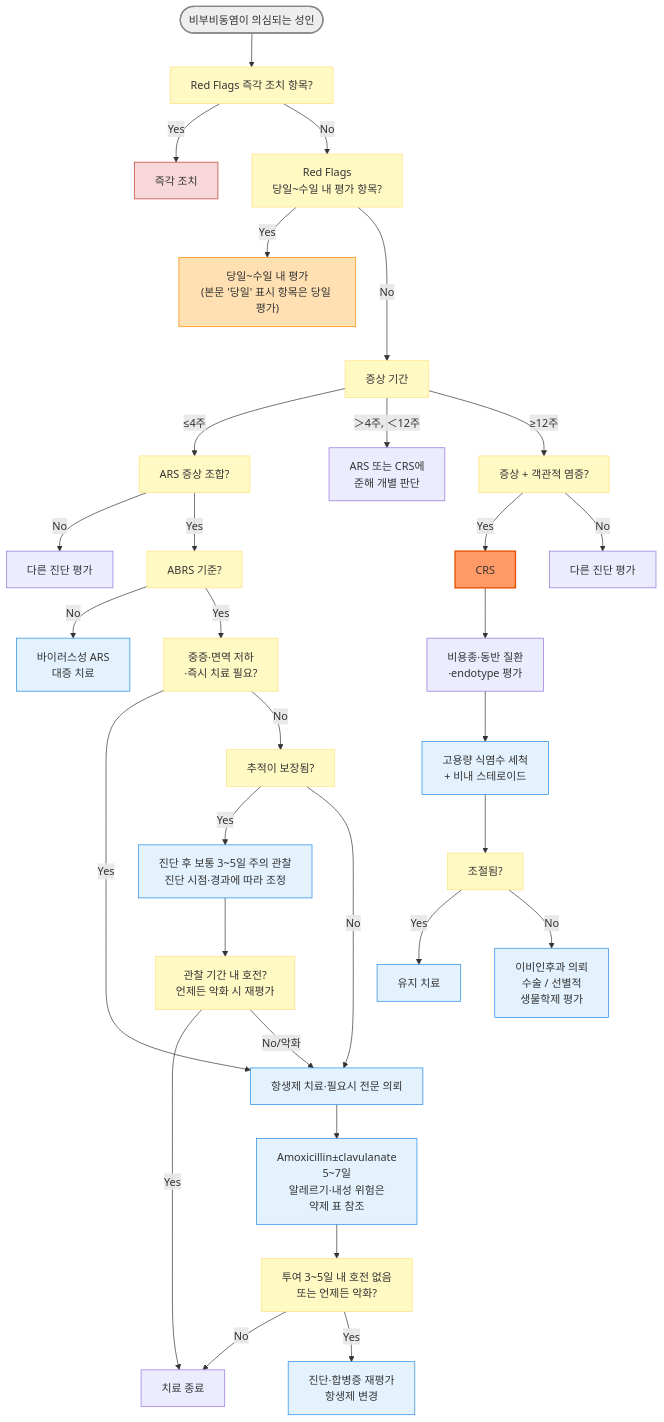
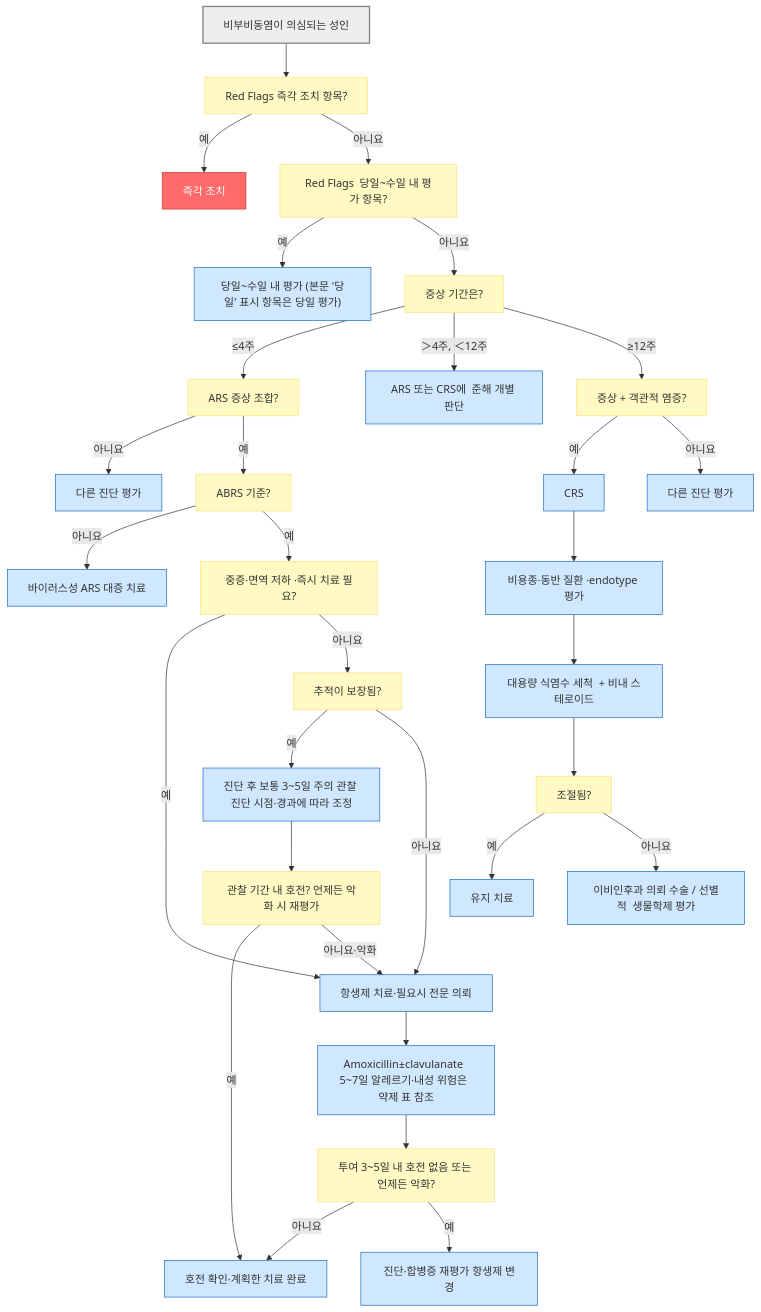
The diagram in 222_/053_-rhinosinusitis-sinusitis.md (familyoh77/familyoh77), drawn with Mermaid before and after one commit. The commit also changed other lines of this file and 13 other files, not shown here.

````diff
--- a/222_/053_-rhinosinusitis-sinusitis.md
+++ b/222_/053_-rhinosinusitis-sinusitis.md
@@ -191,45 +191,41 @@
 ```mermaid
-    graph TD
-    Start(["비부비동염이 의심되는 성인"]) --> Red["Red Flags 즉각 조치 항목?"]
-    Red -- Yes --> ER["즉각 조치"]
-    Red -- No --> Urgent["Red Flags <br/>당일~수일 내 평가 항목?"]
-    Urgent -- Yes --> SameDay["당일~수일 내 평가<br/>(본문 '당일' 표시 항목은 당일 평가)"]
-    Urgent -- No ---> Duration["증상 기간"]
+flowchart TD
+    Start["비부비동염이 의심되는 성인"] --> Red["Red Flags 즉각 조치 항목?"]
+    Red -- "예" --> ER["즉각 조치"]
+    Red -- "아니요" --> Urgent["Red Flags  당일~수일 내 평가 항목?"]
+    Urgent -- "예" --> SameDay["당일~수일 내 평가 (본문 '당일' 표시 항목은 당일 평가)"]
+    Urgent -- "아니요" --> Duration["증상 기간은?"]
     Duration -- "≤4주" --> ARS["ARS 증상 조합?"]
-    ARS -- No --> Alt["다른 진단 평가"]
-    ARS -- Yes --> ABRS["ABRS 기준?"]
-    ABRS -- No --> Viral["바이러스성 ARS<br/>대증 치료"]
-    ABRS -- Yes --> Risk["중증·면역 저하<br/>·즉시 치료 필요?"]
-    Risk -- Yes --> Antibiotic["항생제 치료·필요시 전문 의뢰"]
-    Risk -- No --> Follow["추적이 보장됨?"]
-    Follow -- Yes --> Watch["진단 후 보통 3~5일 주의 관찰<br/>진단 시점·경과에 따라 조정"]
-    Follow -- No --> Antibiotic
-    Watch --> Improve["관찰 기간 내 호전?<br/>언제든 악화 시 재평가"]
-    Improve -- Yes --> End["치료 종료"]
-    Improve -- "No/악화" --> Antibiotic
-    Antibiotic --> First["Amoxicillin±clavulanate <br/>5~7일<br/>알레르기·내성 위험은 <br/>약제 표 참조"]
-    First --> Fail["투여 3~5일 내 호전 없음<br/>또는 언제든 악화?"]
-    Fail -- No --> End
-    Fail -- Yes --> Reassess["진단·합병증 재평가<br/>항생제 변경"]
-    Duration -- "＞4주, ＜12주" --> Subacute["ARS 또는 CRS에 <br/>준해 개별 판단"]
+    ARS -- "아니요" --> Alt["다른 진단 평가"]
+    ARS -- "예" --> ABRS["ABRS 기준?"]
+    ABRS -- "아니요" --> Viral["바이러스성 ARS 대증 치료"]
+    ABRS -- "예" --> Risk["중증·면역 저하 ·즉시 치료 필요?"]
+    Risk -- "예" --> Antibiotic["항생제 치료·필요시 전문 의뢰"]
+    Risk -- "아니요" --> Follow["추적이 보장됨?"]
+    Follow -- "예" --> Watch["진단 후 보통 3~5일 주의 관찰 진단 시점·경과에 따라 조정"]
+    Follow -- "아니요" --> Antibiotic
+    Watch --> Improve["관찰 기간 내 호전? 언제든 악화 시 재평가"]
+    Improve -- "예" --> End["호전 확인·계획한 치료 완료"]
+    Improve -- "아니요·악화" --> Antibiotic
+    Antibiotic --> First["Amoxicillin±clavulanate  5~7일 알레르기·내성 위험은  약제 표 참조"]
+    First --> Fail["투여 3~5일 내 호전 없음 또는 언제든 악화?"]
+    Fail -- "아니요" --> End
+    Fail -- "예" --> Reassess["진단·합병증 재평가 항생제 변경"]
+    Duration -- "＞4주, ＜12주" --> Subacute["ARS 또는 CRS에  준해 개별 판단"]
     Duration -- "≥12주" --> CRScheck["증상 + 객관적 염증?"]
-    CRScheck -- Yes --> CRS["CRS"]
-    CRScheck -- No --> Alt2["다른 진단 평가"]
-    CRS --> Phenotype["비용종·동반 질환<br/>·endotype 평가"]
-    Phenotype --> Basic["고용량 식염수 세척 <br/>+ 비내 스테로이드"]
+    CRScheck -- "예" --> CRS["CRS"]
+    CRScheck -- "아니요" --> Alt2["다른 진단 평가"]
+    CRS --> Phenotype["비용종·동반 질환 ·endotype 평가"]
+    Phenotype --> Basic["대용량 식염수 세척  + 비내 스테로이드"]
     Basic --> Control["조절됨?"]
-    Control -- Yes --> Maintain["유지 치료"]
-    Control -- No --> Refer["이비인후과 의뢰<br/>수술 / 선별적 <br/>생물학제 평가"]
+    Control -- "예" --> Maintain["유지 치료"]
+    Control -- "아니요" --> Refer["이비인후과 의뢰 수술 / 선별적  생물학제 평가"]
     classDef start fill:#eeeeee,stroke:#888888,stroke-width:2px
+    classDef question fill:#fff9c4,stroke:#ffe082
+    classDef emergency fill:#ff6b6b,stroke:#c0392b,color:#ffffff
+    classDef action fill:#d0e8ff,stroke:#1a6abf
     class Start start
-    classDef danger fill:#f8d7da,stroke:#c0392b
-    class ER danger
-    classDef urgent fill:#ffe0b2,stroke:#fb8c00
-    class SameDay urgent
-    classDef decision fill:#fff9c4,stroke:#ffe082
-    class Red,Urgent,Duration,ARS,ABRS,Risk,Follow,Improve,Fail,CRScheck,Control decision
-    classDef treatment fill:#e3f2fd,stroke:#1e88e5
-    class Viral,Watch,Antibiotic,First,Reassess,Basic,Maintain,Refer treatment
-    classDef dx fill:#f96,stroke:#e65100,stroke-width:2px
-    class CRS dx
+    class Red,Urgent,Duration,ARS,ABRS,Risk,Follow,Improve,Fail,CRScheck,Control question
+    class ER emergency
+    class SameDay,Alt,Viral,Antibiotic,Watch,End,First,Reassess,Subacute,CRS,Alt2,Phenotype,Basic,Maintain,Refer action
 ```
````
